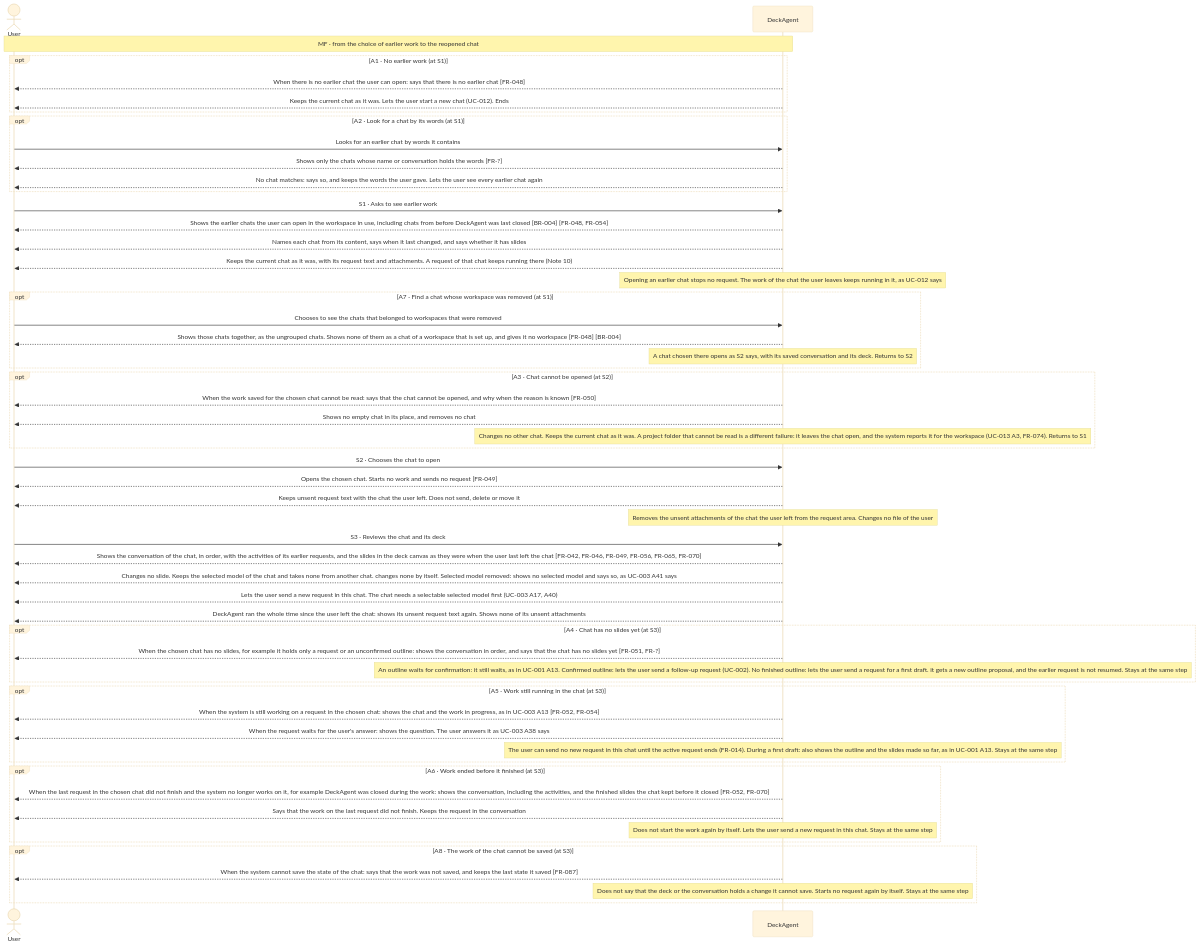
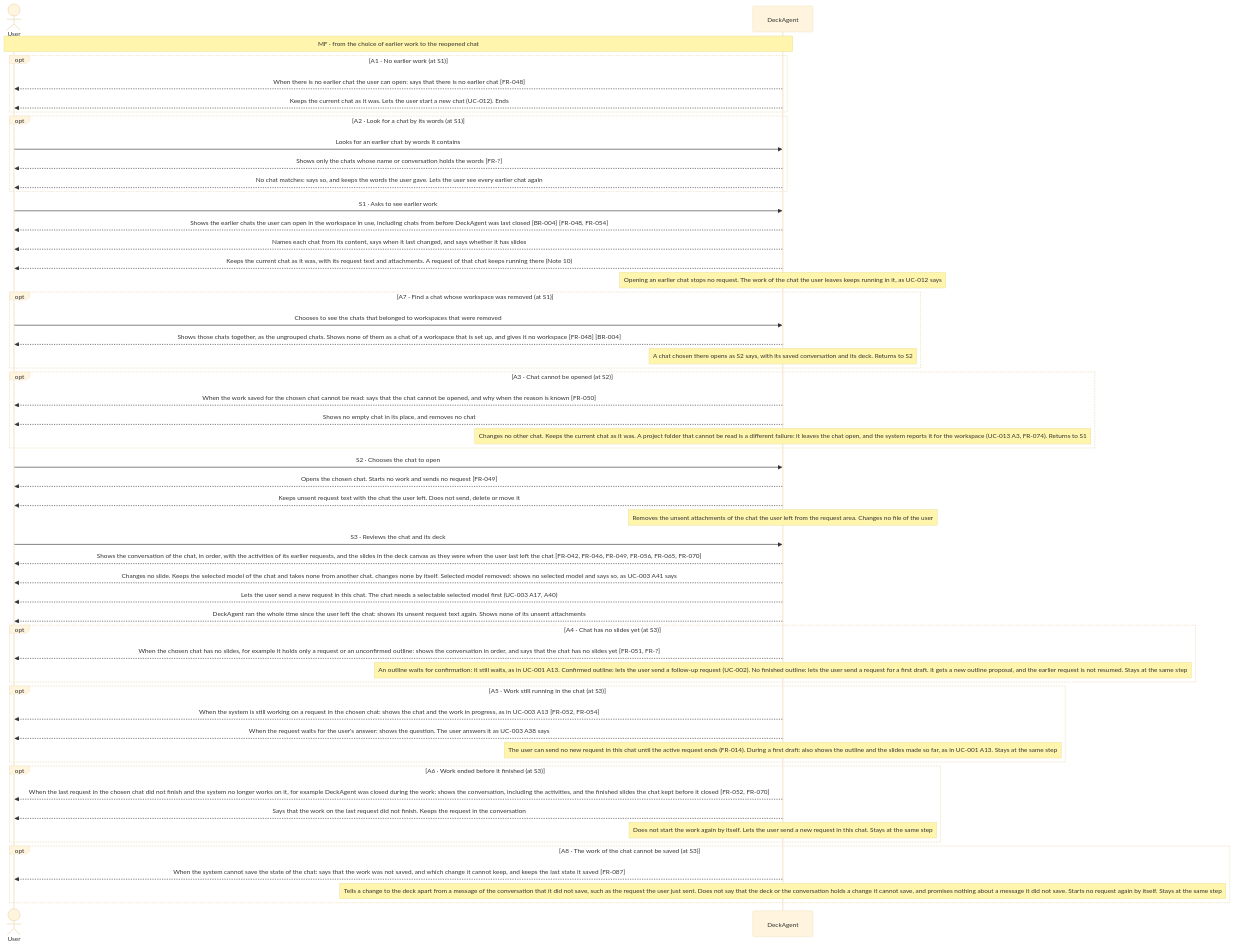
Before and after one commit to Luke23127006/DeckAgent: the diagram in docs/spec/03-use-cases/UC-006.md, drawn with Mermaid (base theme). The commit also changed 13 other files, not shown here.

First line of the commit message:
docs(spec): fix removal, re-link, ungrouped-chat, save and export inconsistencies

````diff
--- a/docs/spec/03-use-cases/UC-006.md
+++ b/docs/spec/03-use-cases/UC-006.md
@@ -40,57 +40,57 @@
 ```mermaid
 sequenceDiagram
     actor User
     participant DeckAgent
     Note over User,DeckAgent: MF · from the choice of earlier work to the reopened chat
     opt A1 · No earlier work (at S1)
         DeckAgent-->>User: When there is no earlier chat the user can open: says that there is no earlier chat [FR-048]
         DeckAgent-->>User: Keeps the current chat as it was. Lets the user start a new chat (UC-012). Ends
     end
     opt A2 · Look for a chat by its words (at S1)
         User->>DeckAgent: Looks for an earlier chat by words it contains
         DeckAgent-->>User: Shows only the chats whose name or conversation holds the words [FR-?]
         DeckAgent-->>User: No chat matches: says so, and keeps the words the user gave. Lets the user see every earlier chat again
     end
     User->>DeckAgent: S1 · Asks to see earlier work
     DeckAgent-->>User: Shows the earlier chats the user can open in the workspace in use, including chats from before DeckAgent was last closed [BR-004] [FR-048, FR-054]
     DeckAgent-->>User: Names each chat from its content, says when it last changed, and says whether it has slides
     DeckAgent-->>User: Keeps the current chat as it was, with its request text and attachments. A request of that chat keeps running there (Note 10)
     note over DeckAgent: Opening an earlier chat stops no request. The work of the chat the user leaves keeps running in it, as UC-012 says
     opt A7 · Find a chat whose workspace was removed (at S1)
         User->>DeckAgent: Chooses to see the chats that belonged to workspaces that were removed
         DeckAgent-->>User: Shows those chats together, as the ungrouped chats. Shows none of them as a chat of a workspace that is set up, and gives it no workspace [FR-048] [BR-004]
         note over DeckAgent: A chat chosen there opens as S2 says, with its saved conversation and its deck. Returns to S2
     end
     opt A3 · Chat cannot be opened (at S2)
         DeckAgent-->>User: When the work saved for the chosen chat cannot be read: says that the chat cannot be opened, and why when the reason is known [FR-050]
         DeckAgent-->>User: Shows no empty chat in its place, and removes no chat
         note over DeckAgent: Changes no other chat. Keeps the current chat as it was. A project folder that cannot be read is a different failure: it leaves the chat open, and the system reports it for the workspace (UC-013 A3, FR-074). Returns to S1
     end
     User->>DeckAgent: S2 · Chooses the chat to open
     DeckAgent-->>User: Opens the chosen chat. Starts no work and sends no request [FR-049]
     DeckAgent-->>User: Keeps unsent request text with the chat the user left. Does not send, delete or move it
     note over DeckAgent: Removes the unsent attachments of the chat the user left from the request area. Changes no file of the user
     User->>DeckAgent: S3 · Reviews the chat and its deck
     DeckAgent-->>User: Shows the conversation of the chat, in order, with the activities of its earlier requests, and the slides in the deck canvas as they were when the user last left the chat [FR-042, FR-046, FR-049, FR-056, FR-065, FR-070]
     DeckAgent-->>User: Changes no slide. Keeps the selected model of the chat and takes none from another chat. changes none by itself. Selected model removed: shows no selected model and says so, as UC-003 A41 says
     DeckAgent-->>User: Lets the user send a new request in this chat. The chat needs a selectable selected model first (UC-003 A17, A40)
     DeckAgent-->>User: DeckAgent ran the whole time since the user left the chat: shows its unsent request text again. Shows none of its unsent attachments
     opt A4 · Chat has no slides yet (at S3)
         DeckAgent-->>User: When the chosen chat has no slides, for example it holds only a request or an unconfirmed outline: shows the conversation in order, and says that the chat has no slides yet [FR-051, FR-?]
         note over DeckAgent: An outline waits for confirmation: it still waits, as in UC-001 A13. Confirmed outline: lets the user send a follow-up request (UC-002). No finished outline: lets the user send a request for a first draft. it gets a new outline proposal, and the earlier request is not resumed. Stays at the same step
     end
     opt A5 · Work still running in the chat (at S3)
         DeckAgent-->>User: When the system is still working on a request in the chosen chat: shows the chat and the work in progress, as in UC-003 A13 [FR-052, FR-054]
         DeckAgent-->>User: When the request waits for the user's answer: shows the question. The user answers it as UC-003 A38 says
         note over DeckAgent: The user can send no new request in this chat until the active request ends (FR-014). During a first draft: also shows the outline and the slides made so far, as in UC-001 A13. Stays at the same step
     end
     opt A6 · Work ended before it finished (at S3)
         DeckAgent-->>User: When the last request in the chosen chat did not finish and the system no longer works on it, for example DeckAgent was closed during the work: shows the conversation, including the activities, and the finished slides the chat kept before it closed [FR-052, FR-070]
         DeckAgent-->>User: Says that the work on the last request did not finish. Keeps the request in the conversation
         note over DeckAgent: Does not start the work again by itself. Lets the user send a new request in this chat. Stays at the same step
     end
     opt A8 · The work of the chat cannot be saved (at S3)
-        DeckAgent-->>User: When the system cannot save the state of the chat: says that the work was not saved, and keeps the last state it saved [FR-087]
-        note over DeckAgent: Does not say that the deck or the conversation holds a change it cannot save. Starts no request again by itself. Stays at the same step
+        DeckAgent-->>User: When the system cannot save the state of the chat: says that the work was not saved, and which change it cannot keep, and keeps the last state it saved [FR-087]
+        note over DeckAgent: Tells a change to the deck apart from a message of the conversation that it did not save, such as the request the user just sent. Does not say that the deck or the conversation holds a change it cannot save, and promises nothing about a message it did not save. Starts no request again by itself. Stays at the same step
     end
 ```
````
